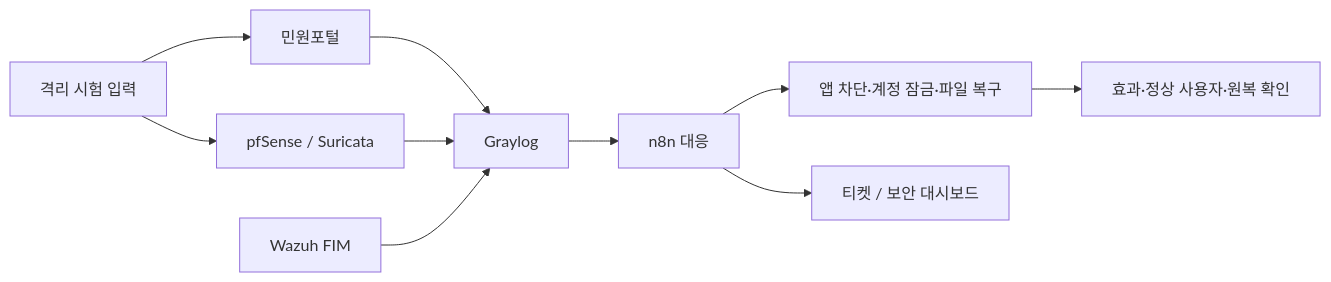
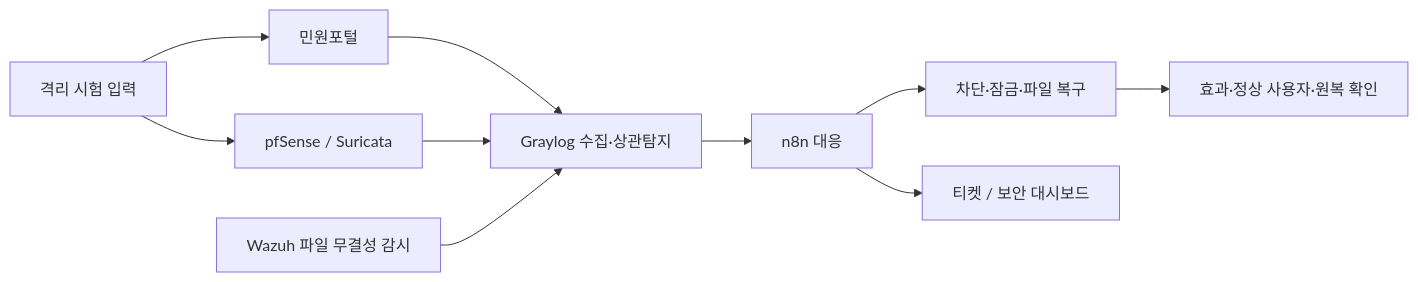
The diagram in README.md (NoBugs-Aleph/aleph-soar-public), drawn with Mermaid before and after one commit. The commit also changed other lines of this file and 5 other files, not shown here.

````diff
--- a/README.md
+++ b/README.md
@@ -33,12 +35,12 @@
 ```mermaid
 flowchart LR
-    K[격리 시험 입력] --> P[민원포털]
-    K --> F[pfSense / Suricata]
-    P --> G[Graylog]
-    F --> G
-    W[Wazuh FIM] --> G
-    G --> N[n8n 대응]
-    N --> R[앱 차단·계정 잠금·파일 복구]
-    N --> T[티켓 / 보안 대시보드]
-    R --> V[효과·정상 사용자·원복 확인]
+    INPUT[격리 시험 입력] --> PORTAL[민원포털]
+    INPUT --> NETWORK[pfSense / Suricata]
+    PORTAL --> GRAYLOG[Graylog 수집·상관탐지]
+    NETWORK --> GRAYLOG
+    WAZUH[Wazuh 파일 무결성 감시] --> GRAYLOG
+    GRAYLOG --> N8N[n8n 대응]
+    N8N --> ACTION[차단·잠금·파일 복구]
+    N8N --> TICKET[티켓 / 보안 대시보드]
+    ACTION --> VERIFY[효과·정상 사용자·원복 확인]
 ```
````
